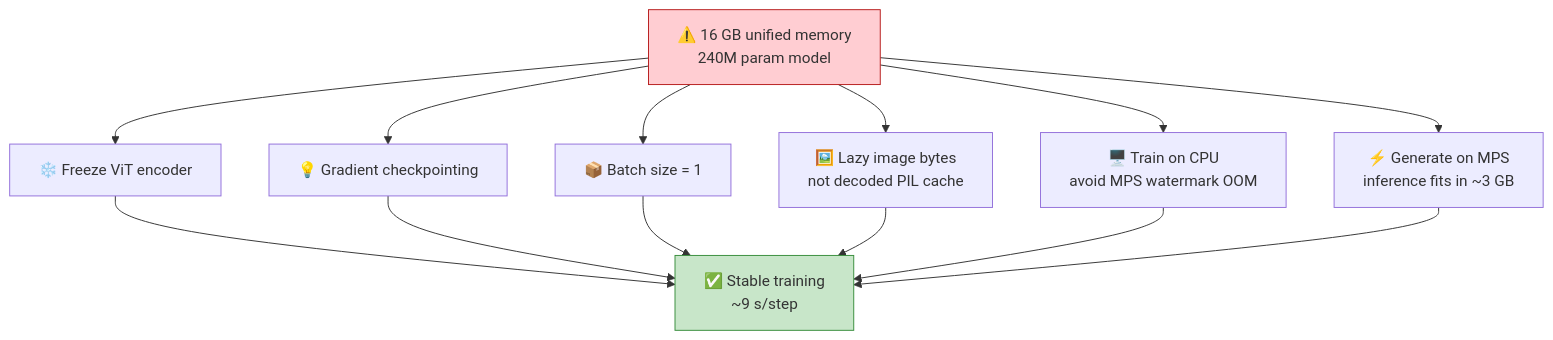
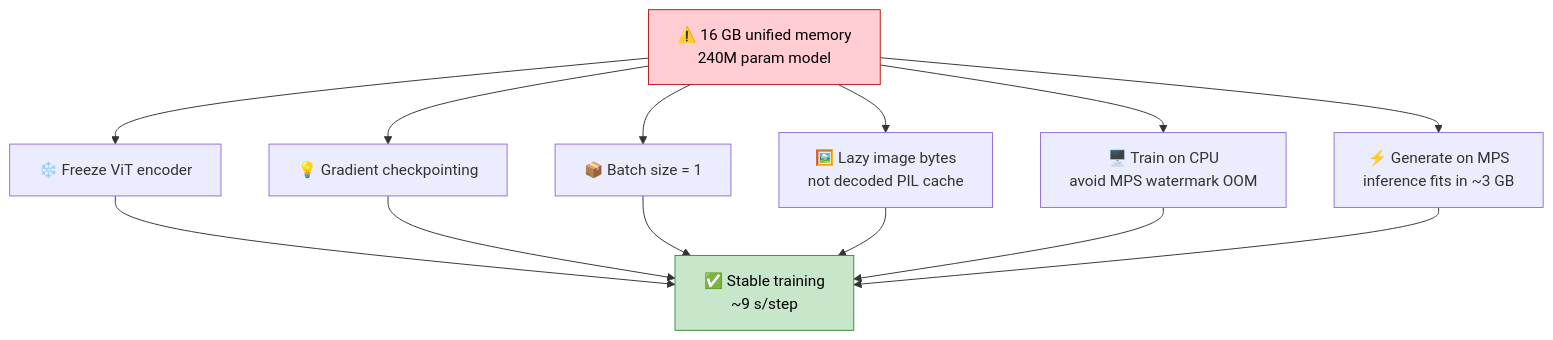
Before and after one commit to Ahmad-Abudllah-Ahmad/macagents_mock_test_1: the tenth of 10 diagrams in README.md, drawn with Mermaid. The commit also changed other lines of this file, not shown here.

Commit message:
Use black text in README Mermaid diagram nodes for readability.

````diff
--- a/README.md
+++ b/README.md
@@ -350,19 +350,19 @@
 ```mermaid
 flowchart TD
     PROB["⚠️ 16 GB unified memory<br/>240M param model"] --> S1["❄️ Freeze ViT encoder"]
     PROB --> S2["💡 Gradient checkpointing"]
     PROB --> S3["📦 Batch size = 1"]
     PROB --> S4["🖼️ Lazy image bytes<br/>not decoded PIL cache"]
     PROB --> S5["🖥️ Train on CPU<br/>avoid MPS watermark OOM"]
     PROB --> S6["⚡ Generate on MPS<br/>inference fits in ~3 GB"]
 
     S1 --> OK["✅ Stable training<br/>~9 s/step"]
     S2 --> OK
     S3 --> OK
     S4 --> OK
     S5 --> OK
     S6 --> OK
 
-    style PROB fill:#ffcdd2,stroke:#b71c1c
-    style OK fill:#c8e6c9,stroke:#388e3c
+    style PROB fill:#ffcdd2,stroke:#b71c1c,color:#000
+    style OK fill:#c8e6c9,stroke:#388e3c,color:#000
 ```
````
